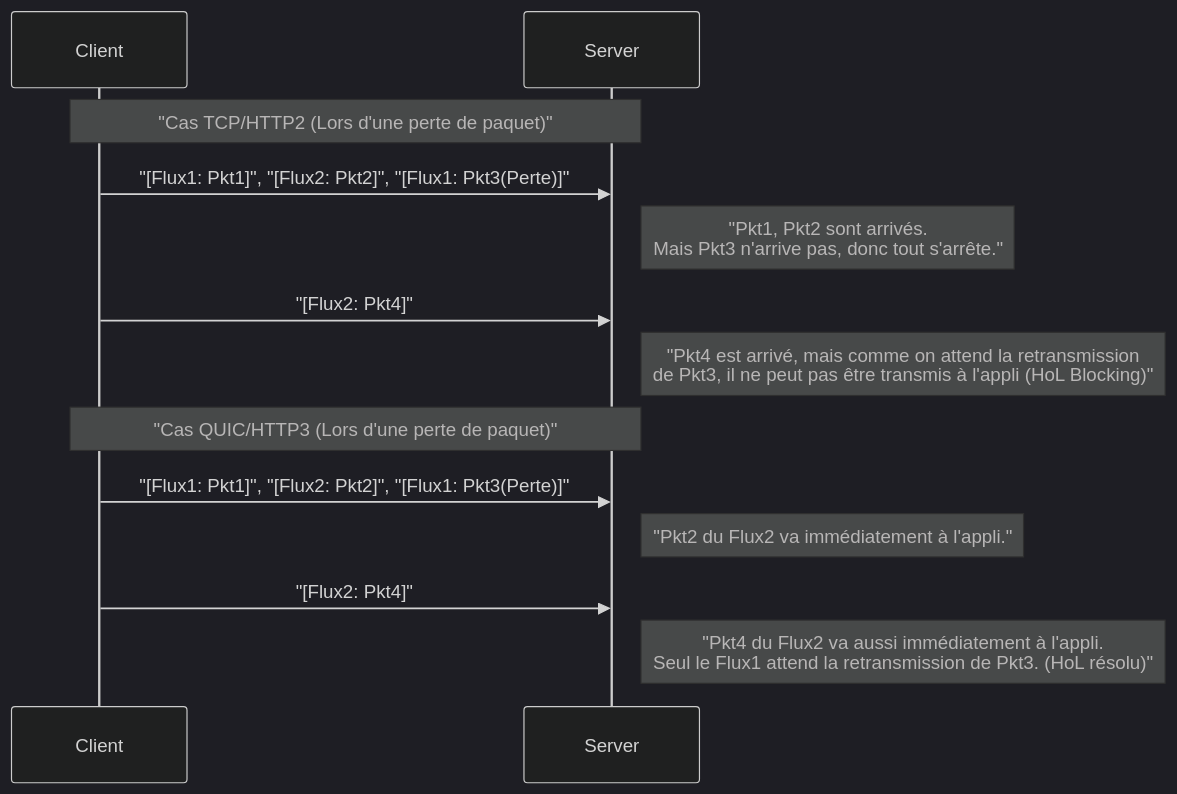
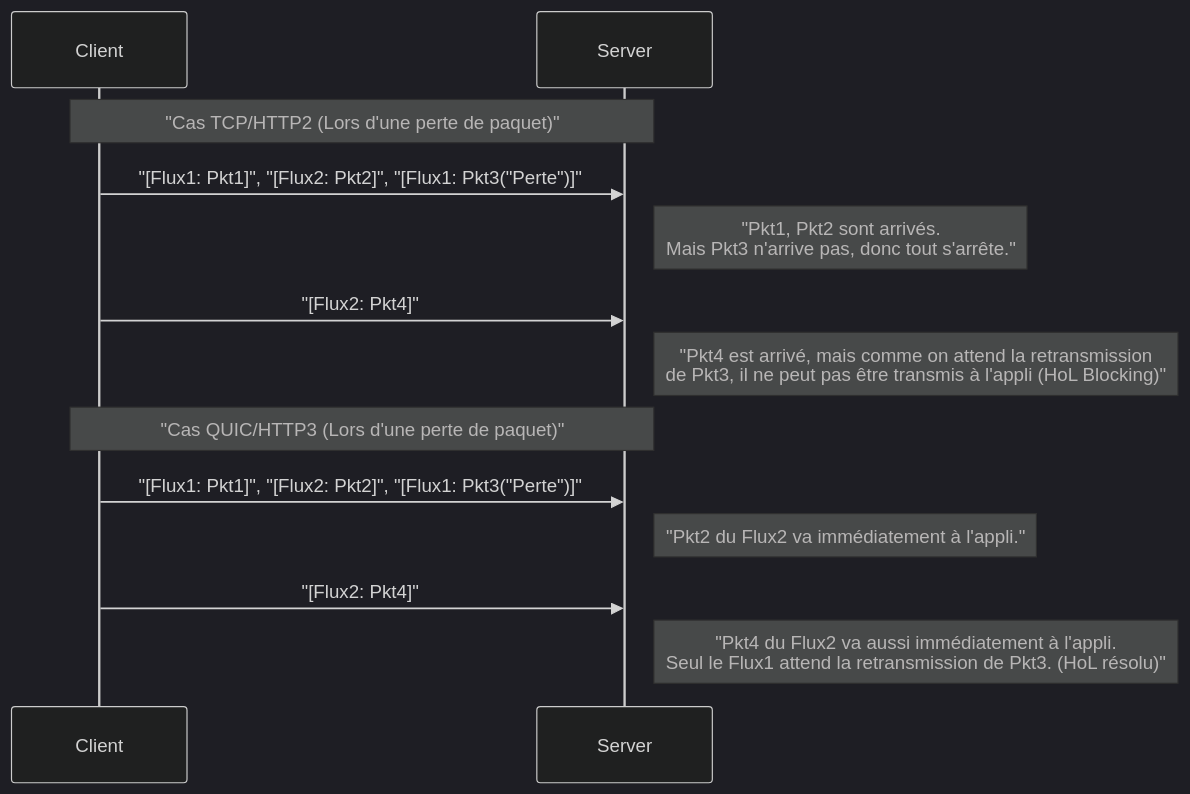
One commit to kenjinote/blog changed the third of 4 diagrams in content/post/http3-quic-protocol-tcp-udp/index.fr.md. Above: the diagram before and after it, drawn with Mermaid (dark theme). The commit also changed 929 other files, not shown here.

Commit message:
fix: Add double quotes to all Mermaid node texts to resolve syntax errors

````diff
--- a/content/post/http3-quic-protocol-tcp-udp/index.fr.md
+++ b/content/post/http3-quic-protocol-tcp-udp/index.fr.md
@@ -143,17 +143,17 @@
 ```mermaid
 sequenceDiagram
     participant Client
     participant Server
     
     Note over Client, Server: "Cas TCP/HTTP2 (Lors d'une perte de paquet)"
-    Client->>Server: "[Flux1: Pkt1]", "[Flux2: Pkt2]", "[Flux1: Pkt3(Perte)]"
+    Client->>Server: "[Flux1: Pkt1]", "[Flux2: Pkt2]", "[Flux1: Pkt3("Perte")]"
     Note right of Server: "Pkt1, Pkt2 sont arrivés.<br/>Mais Pkt3 n'arrive pas, donc tout s'arrête."
     Client->>Server: "[Flux2: Pkt4]"
     Note right of Server: "Pkt4 est arrivé, mais comme on attend la retransmission<br/>de Pkt3, il ne peut pas être transmis à l'appli (HoL Blocking)"
     
     Note over Client, Server: "Cas QUIC/HTTP3 (Lors d'une perte de paquet)"
-    Client->>Server: "[Flux1: Pkt1]", "[Flux2: Pkt2]", "[Flux1: Pkt3(Perte)]"
+    Client->>Server: "[Flux1: Pkt1]", "[Flux2: Pkt2]", "[Flux1: Pkt3("Perte")]"
     Note right of Server: "Pkt2 du Flux2 va immédiatement à l'appli."
     Client->>Server: "[Flux2: Pkt4]"
     Note right of Server: "Pkt4 du Flux2 va aussi immédiatement à l'appli.<br/>Seul le Flux1 attend la retransmission de Pkt3. (HoL résolu)"
 ```
````
